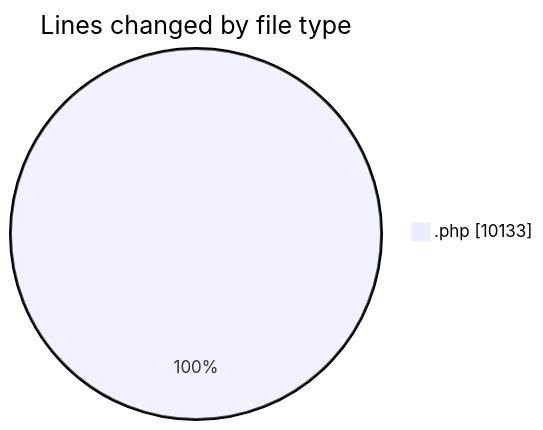
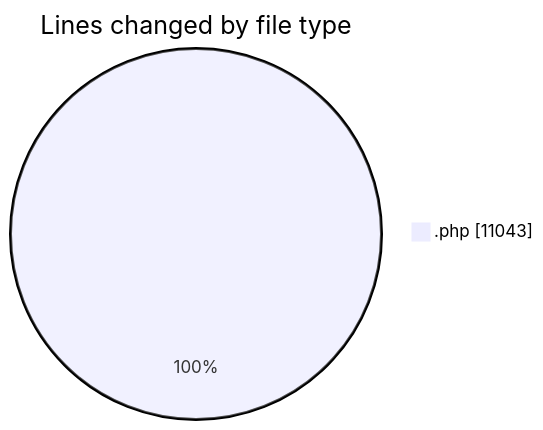
One commit to vahidmafi/code-tracking changed the first of 2 diagrams in 2025-11-09/shop/README.md. Above: the diagram before and after it, drawn with Mermaid. The commit also changed other lines of this file and 1 other file, not shown here.

````diff
--- a/2025-11-09/shop/README.md
+++ b/2025-11-09/shop/README.md
@@ -77,5 +80,5 @@
 ```mermaid
 pie showData
 title Lines changed by file type
-".php" : 10133
+".php" : 11043
 ```
````
